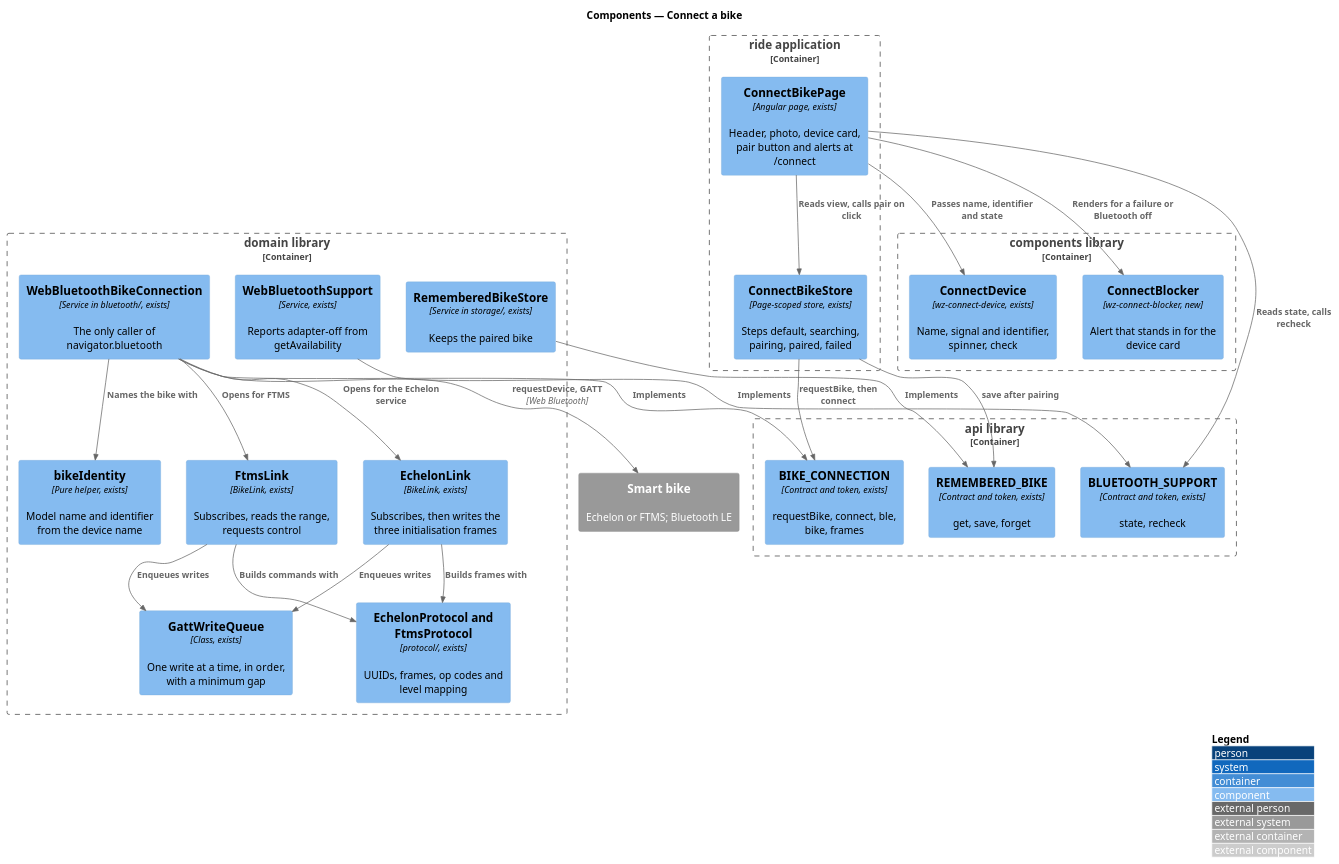
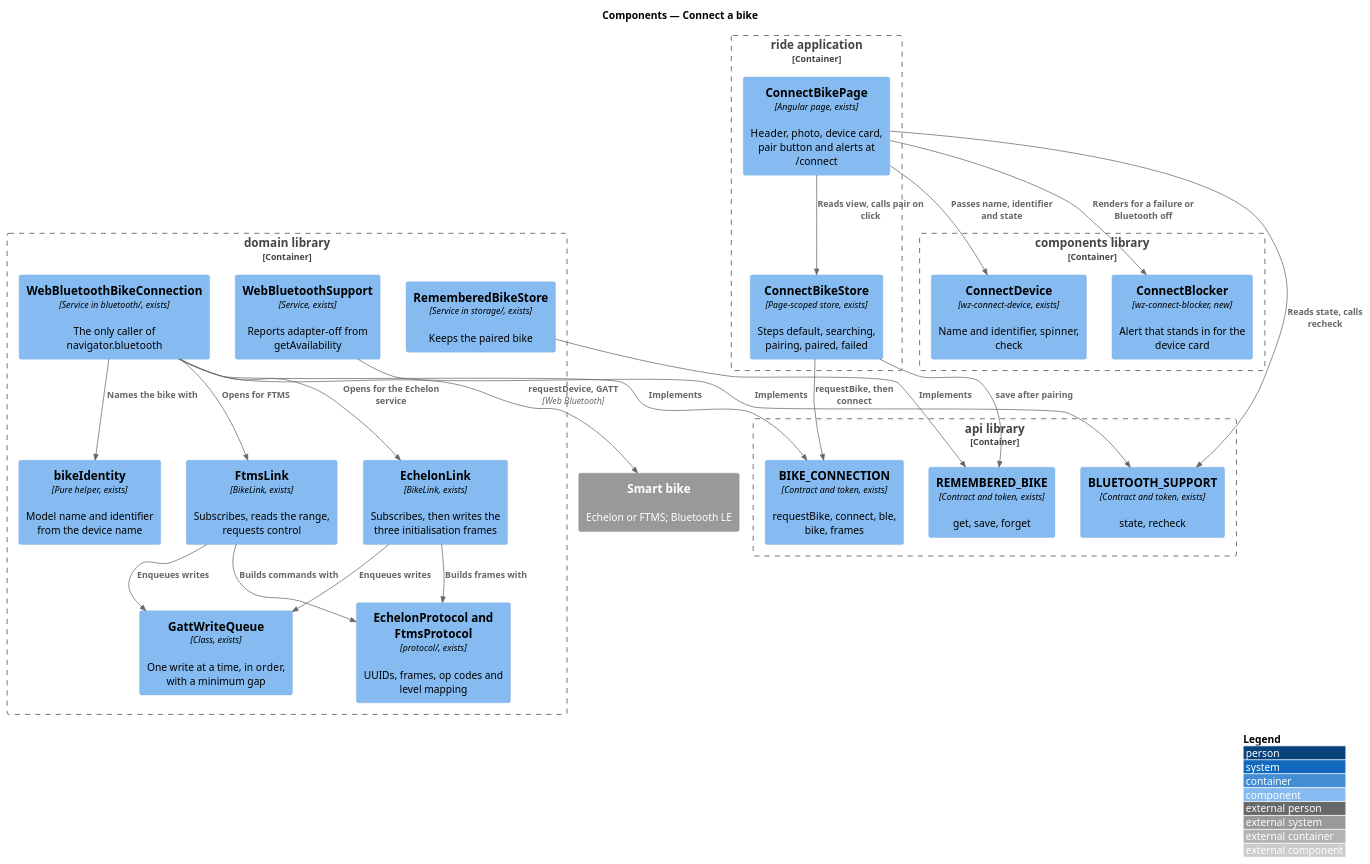
One commit to QuinntyneBrown/ride-one changed the diagram in docs/detailed-designs/bike/connect-a-bike/diagrams/c4-component.puml. Above: the diagram before and after it, drawn with PlantUML. The commit also changed 49 other files, not shown here.

```diff
--- a/docs/detailed-designs/bike/connect-a-bike/diagrams/c4-component.puml
+++ b/docs/detailed-designs/bike/connect-a-bike/diagrams/c4-component.puml
@@ -1,48 +1,48 @@
 @startuml
 !include <C4/C4_Component>
 LAYOUT_WITH_LEGEND()
 title Components — Connect a bike
 
 System_Ext(bike, "Smart bike", "Echelon or FTMS; Bluetooth LE")
 Container_Boundary(ride, "ride application") {
   Component(page, "ConnectBikePage", "Angular page, exists", "Header, photo, device card, pair button and alerts at /connect")
   Component(store, "ConnectBikeStore", "Page-scoped store, exists", "Steps default, searching, pairing, paired, failed")
 }
 Container_Boundary(components, "components library") {
-  Component(device, "ConnectDevice", "wz-connect-device, exists", "Name, signal and identifier, spinner, check")
+  Component(device, "ConnectDevice", "wz-connect-device, exists", "Name and identifier, spinner, check")
   Component(blocker, "ConnectBlocker", "wz-connect-blocker, new", "Alert that stands in for the device card")
 }
 Container_Boundary(domain, "domain library") {
   Component(conn, "WebBluetoothBikeConnection", "Service in bluetooth/, exists", "The only caller of navigator.bluetooth")
   Component(echelon, "EchelonLink", "BikeLink, exists", "Subscribes, then writes the three initialisation frames")
   Component(ftms, "FtmsLink", "BikeLink, exists", "Subscribes, reads the range, requests control")
   Component(queue, "GattWriteQueue", "Class, exists", "One write at a time, in order, with a minimum gap")
   Component(proto, "EchelonProtocol and FtmsProtocol", "protocol/, exists", "UUIDs, frames, op codes and level mapping")
   Component(identity, "bikeIdentity", "Pure helper, exists", "Model name and identifier from the device name")
   Component(supp, "WebBluetoothSupport", "Service, exists", "Reports adapter-off from getAvailability")
   Component(rememberStore, "RememberedBikeStore", "Service in storage/, exists", "Keeps the paired bike")
 }
 Container_Boundary(api, "api library") {
   Component(token, "BIKE_CONNECTION", "Contract and token, exists", "requestBike, connect, ble, bike, frames")
   Component(remToken, "REMEMBERED_BIKE", "Contract and token, exists", "get, save, forget")
   Component(supToken, "BLUETOOTH_SUPPORT", "Contract and token, exists", "state, recheck")
 }
 
 Rel(page, store, "Reads view, calls pair on click")
 Rel(page, device, "Passes name, identifier and state")
 Rel(page, blocker, "Renders for a failure or Bluetooth off")
 Rel(page, supToken, "Reads state, calls recheck")
 Rel(store, token, "requestBike, then connect")
 Rel(store, remToken, "save after pairing")
 Rel(conn, token, "Implements")
 Rel(rememberStore, remToken, "Implements")
 Rel(supp, supToken, "Implements")
 Rel(conn, echelon, "Opens for the Echelon service")
 Rel(conn, ftms, "Opens for FTMS")
 Rel(conn, identity, "Names the bike with")
 Rel(echelon, queue, "Enqueues writes")
 Rel(ftms, queue, "Enqueues writes")
 Rel(echelon, proto, "Builds frames with")
 Rel(ftms, proto, "Builds commands with")
 Rel(conn, bike, "requestDevice, GATT", "Web Bluetooth")
 @enduml
```
